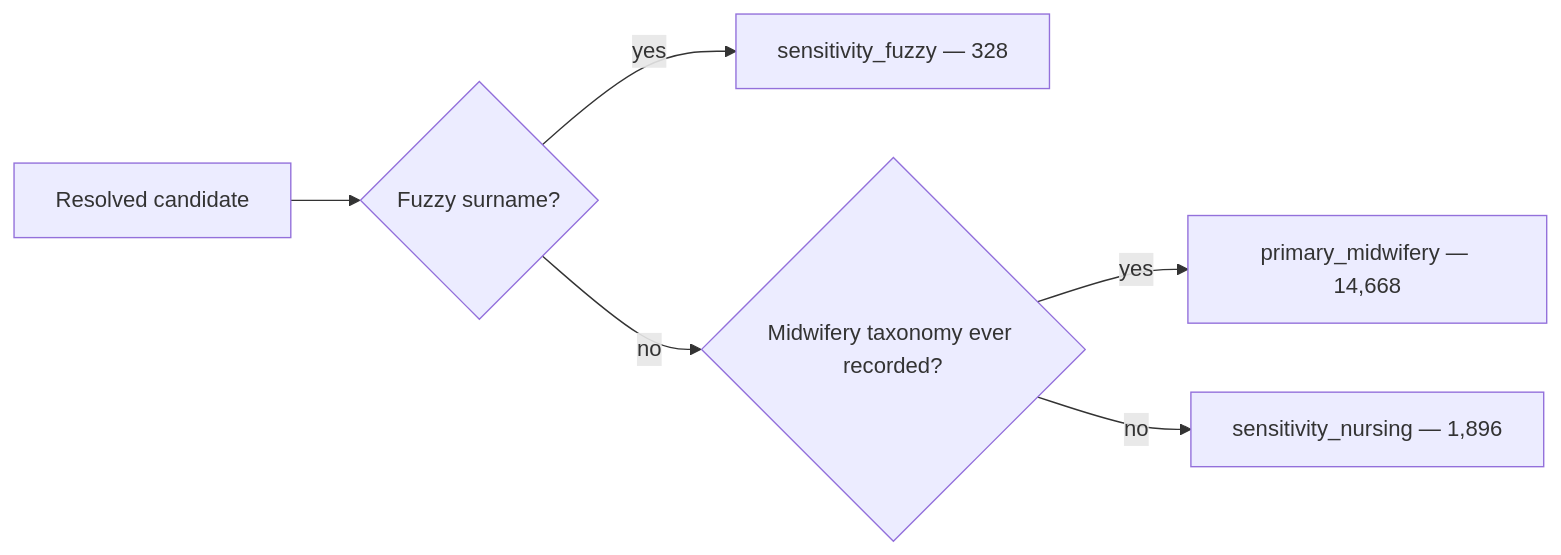
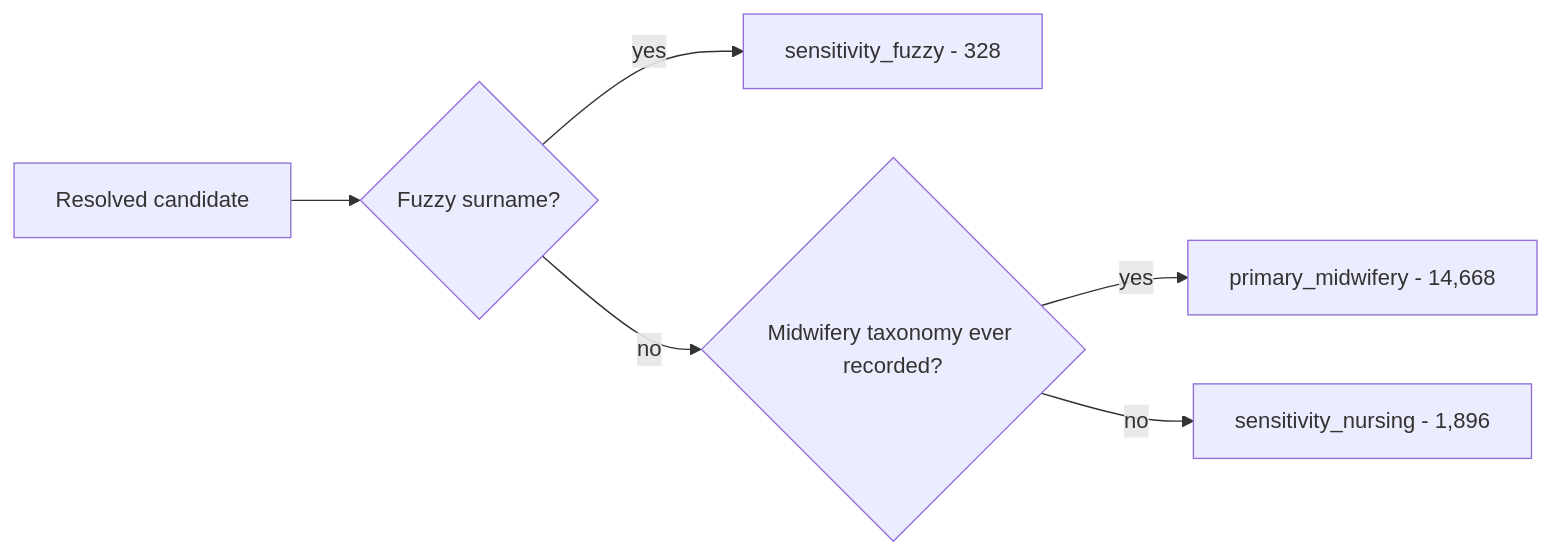
The third of 4 diagrams in README.md (mufflyt/midwifery), drawn with Mermaid before and after one commit. The commit also changed other lines of this file, not shown here.

First line of the commit message:
Normalise characters in the README mermaid labels

````diff
--- a/README.md
+++ b/README.md
@@ -106,8 +106,8 @@
 ```mermaid
 flowchart LR
   S["Resolved candidate"] --> T1{"Fuzzy surname?"}
-  T1 -->|yes| F["sensitivity_fuzzy — 328"]
+  T1 -->|yes| F["sensitivity_fuzzy - 328"]
   T1 -->|no| T2{"Midwifery taxonomy ever recorded?"}
-  T2 -->|yes| P["primary_midwifery — 14,668"]
-  T2 -->|no| N["sensitivity_nursing — 1,896"]
+  T2 -->|yes| P["primary_midwifery - 14,668"]
+  T2 -->|no| N["sensitivity_nursing - 1,896"]
 ```
````
